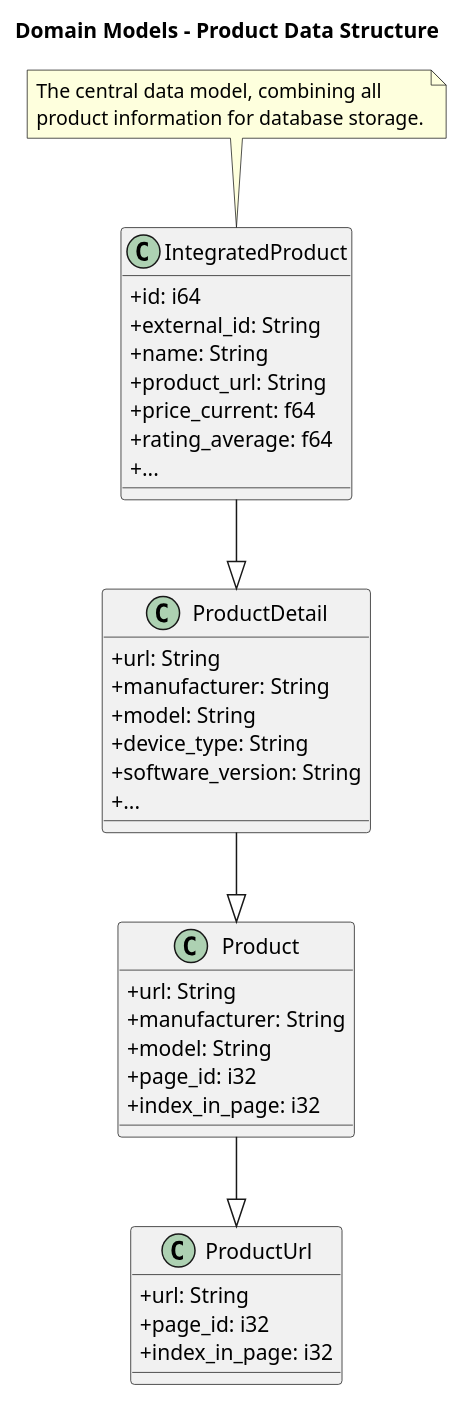
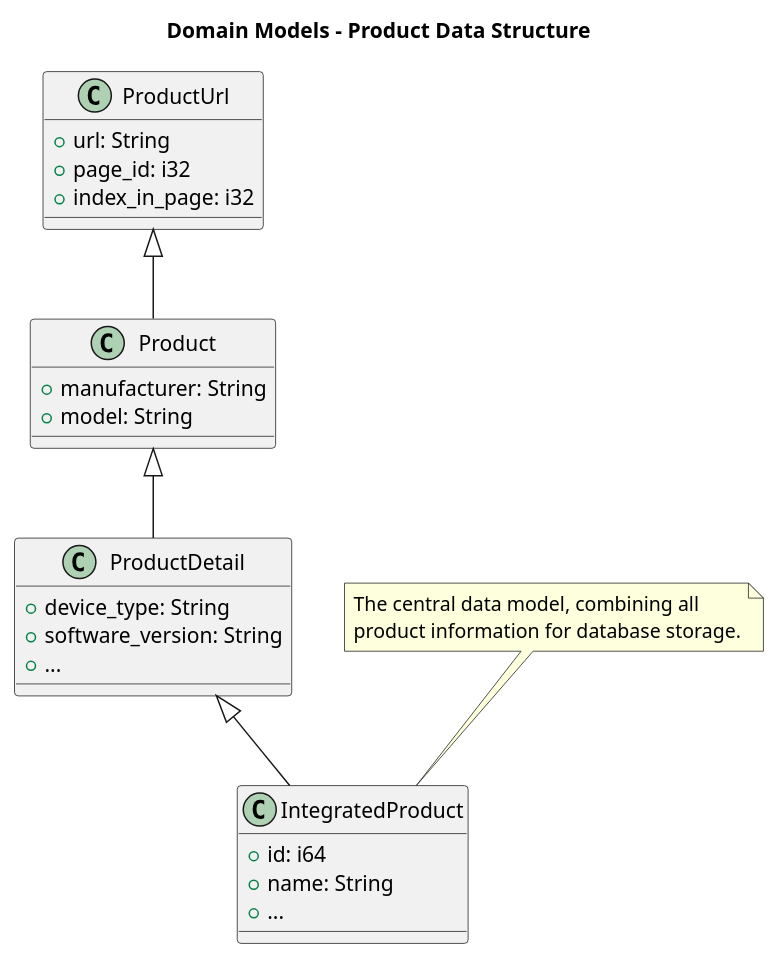
The seventh of 13 diagrams in docs/architecture.md (Chanseok/rMatterCertis), drawn with PlantUML before and after one commit. The commit also changed other lines of this file and 23 other files, not shown here.

````diff
--- a/docs/architecture.md
+++ b/docs/architecture.md
@@ -209,51 +244,30 @@
 ```plantuml
 @startuml DomainModelDiagram
-
 title Domain Models - Product Data Structure
 
-skinparam classAttributeIconSize 0
-
 class ProductUrl {
-    + url: String
-    + page_id: i32
-    + index_in_page: i32
+  + url: String
+  + page_id: i32
+  + index_in_page: i32
+}
+class Product extends ProductUrl {
+  + manufacturer: String
+  + model: String
+}
+class ProductDetail extends Product {
+  + device_type: String
+  + software_version: String
+  + ...
+}
+class IntegratedProduct extends ProductDetail {
+  + id: i64
+  + name: String
+  + ...
 }
 
-class Product {
-    + url: String
-    + manufacturer: String
-    + model: String
-    + page_id: i32
-    + index_in_page: i32
-}
-
-class ProductDetail {
-    + url: String
-    + manufacturer: String
-    + model: String
-    + device_type: String
-    + software_version: String
-    + ...
-}
-
-class IntegratedProduct {
-    + id: i64
-    + external_id: String
-    + name: String
-    + product_url: String
-    + price_current: f64
-    + rating_average: f64
-    + ...
-}
-
-Product --|> ProductUrl
-ProductDetail --|> Product
-IntegratedProduct --|> ProductDetail
-
 note top of IntegratedProduct
-The central data model, combining all
-product information for database storage.
+  The central data model, combining all
+  product information for database storage.
 end note
-
 @enduml
 ```
````
